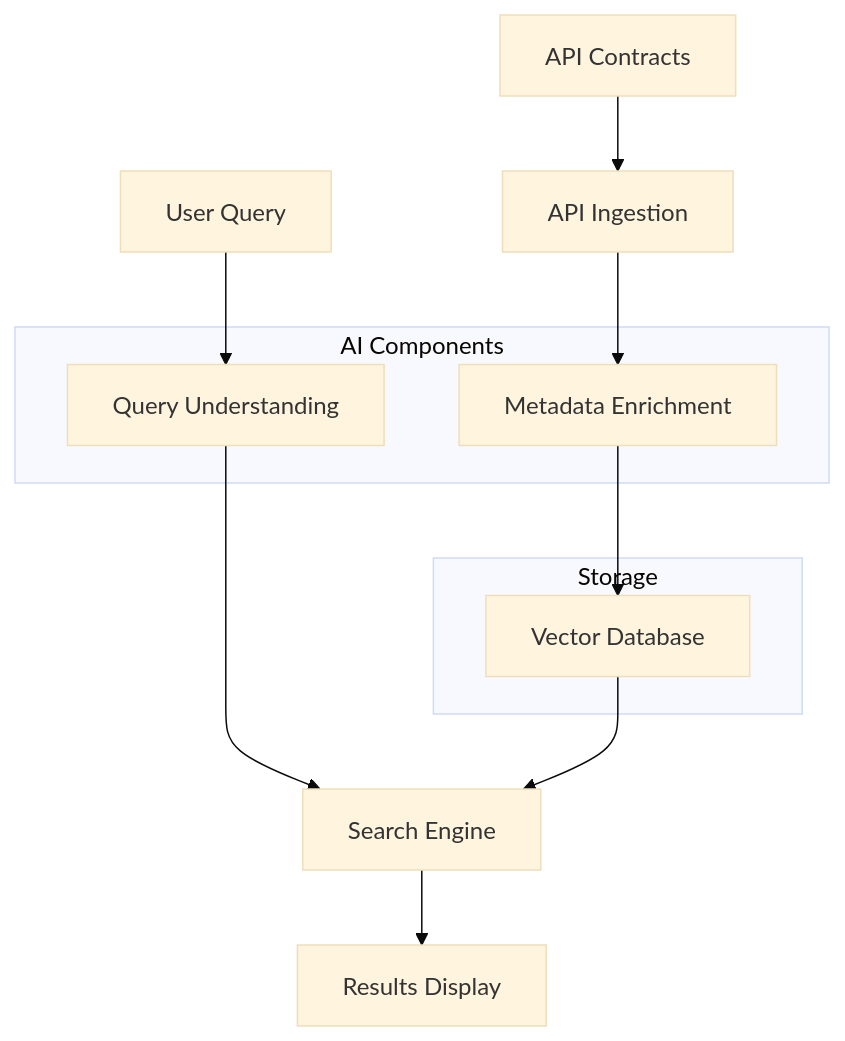
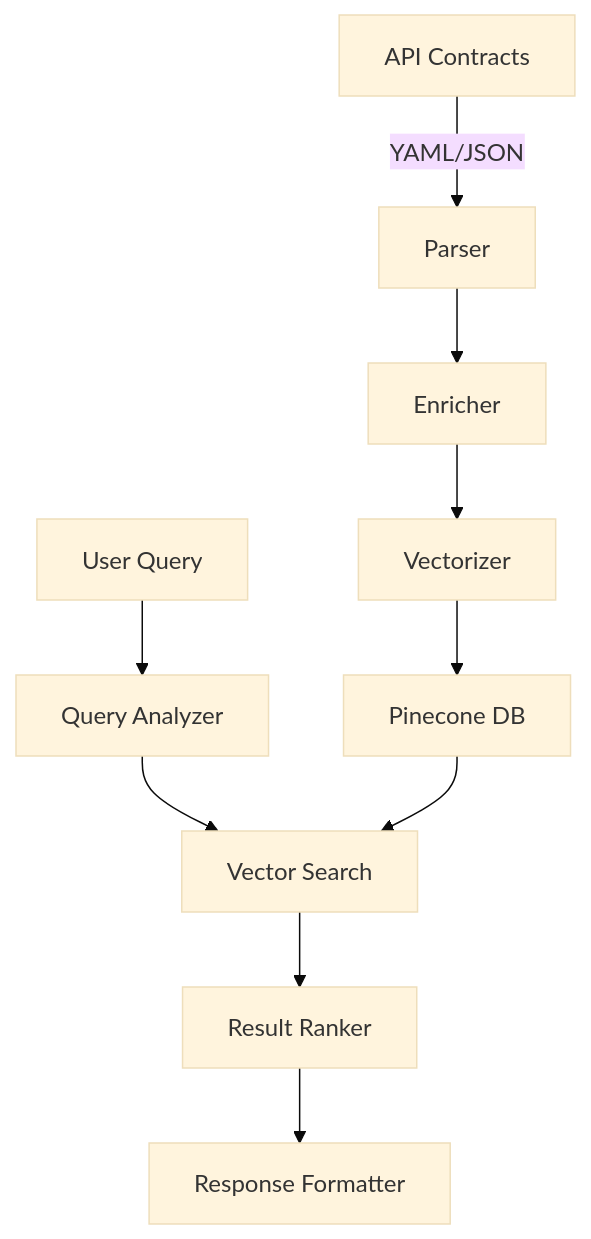
Before and after one commit to felipepimentel/plexure-api-search: the third of 4 diagrams in README.md, drawn with Mermaid (base theme). The commit also changed other lines of this file and 3 other files, not shown here.

````diff
--- a/README.md
+++ b/README.md
@@ -9,19 +91,13 @@
 ```mermaid
 graph TD
-    A[API Contracts] --> B[API Ingestion]
-    B --> C[Metadata Enrichment]
-    C --> D[Vector Database]
-    E[User Query] --> F[Query Understanding]
-    F --> G[Search Engine]
-    D --> G
-    G --> H[Results Display]
+    A[API Contracts] -->|YAML/JSON| B[Parser]
+    B --> C[Enricher]
+    C --> D[Vectorizer]
+    D --> E[Pinecone DB]
     
-    subgraph "AI Components"
-        C
-        F
-    end
-    
-    subgraph "Storage"
-        D
-    end
+    F[User Query] --> G[Query Analyzer]
+    G --> H[Vector Search]
+    E --> H
+    H --> I[Result Ranker]
+    I --> J[Response Formatter]
 ```
````
